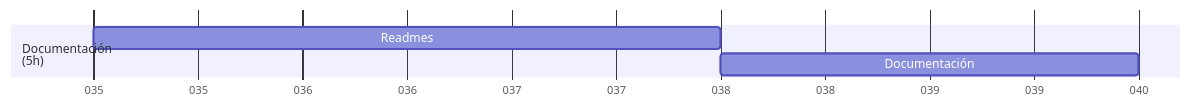
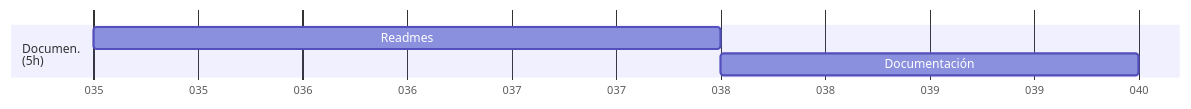
The ninth of 9 diagrams in .info/roadmap.md (Covija97/BadenTracker), drawn with Mermaid before and after one commit. The commit also changed other lines of this file, not shown here.

Commit message:
Refactor roadmap.md to improve task organization and clarity in Gantt chart sections

````diff
--- a/.info/roadmap.md
+++ b/.info/roadmap.md
@@ -111,8 +149,8 @@
 ```mermaid
 gantt
     dateFormat  DDD
     axisFormat %j
-    section Documentación<br>(5h)
+    section Documen.<br>(5h)
     Readmes                     : 02-04, 3d
     Documentación               : 02-07, 2d
 ```
````
